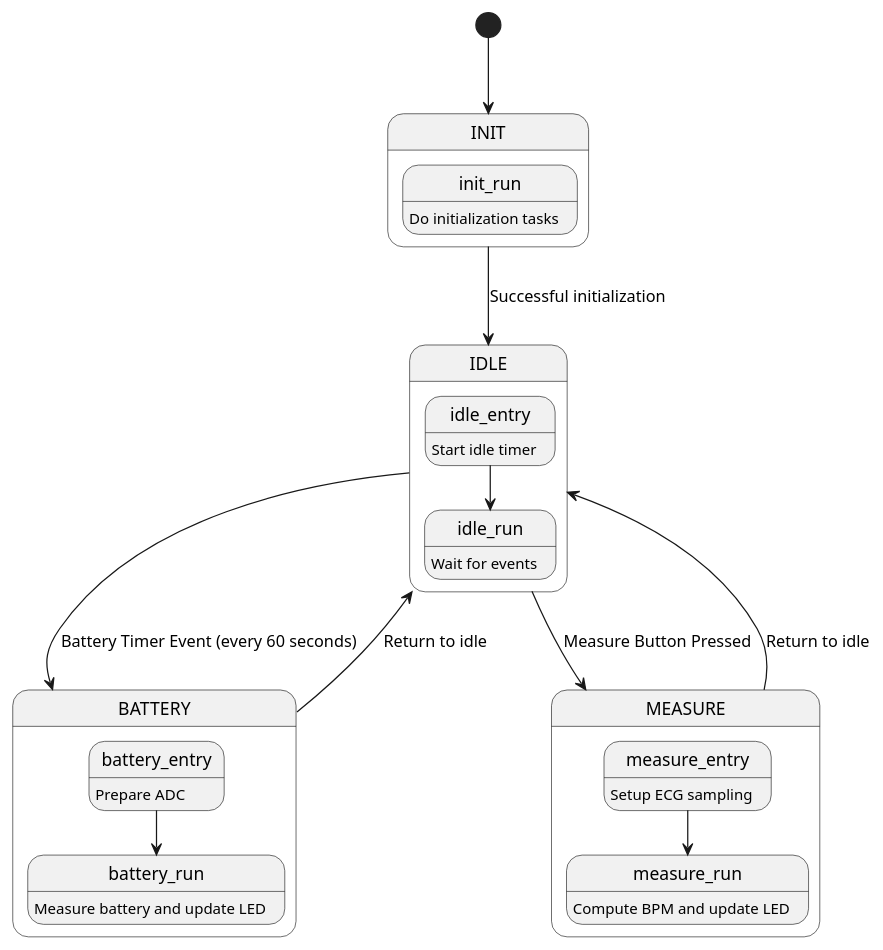
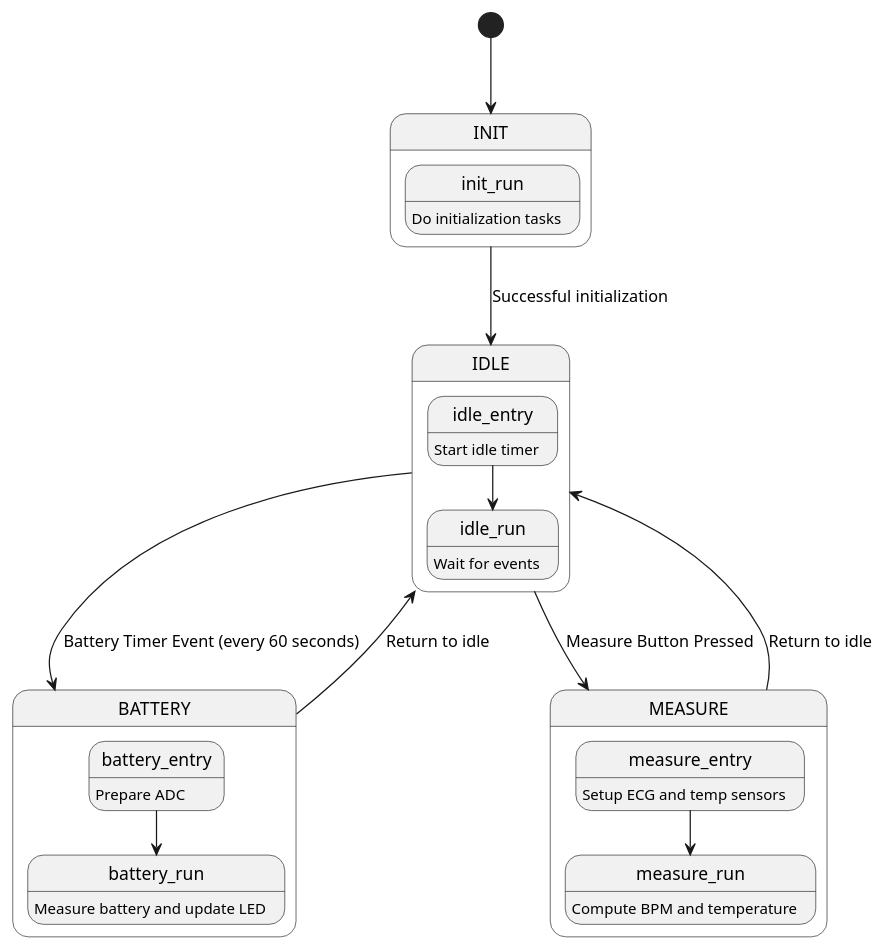
One commit to ArshSingh02/ecg-temp-ble-project changed the diagram in state_diagram.puml. Above: the diagram before and after it, drawn with PlantUML. The commit also changed 1 other file, not shown here.

Commit message:
Changed temperature sensor check to measure entry. Updated state diagram.

```diff
--- a/state_diagram.puml
+++ b/state_diagram.puml
@@ -1,35 +1,35 @@
 @startuml
 top to bottom direction
 
 [*] --> INIT
 
 state INIT {
     init_run: Do initialization tasks
 }
 
 INIT --> IDLE : Successful initialization
 
 state IDLE {
     idle_entry: Start idle timer  
     idle_entry --> idle_run
     idle_run: Wait for events  
 }
 
 IDLE --> BATTERY : Battery Timer Event (every 60 seconds)
 IDLE --> MEASURE : Measure Button Pressed
 
 state BATTERY {
     battery_entry: Prepare ADC  
     battery_entry --> battery_run  
     battery_run: Measure battery and update LED  
 }
 BATTERY --> IDLE : Return to idle
 
 state MEASURE {
-    measure_entry: Setup ECG sampling  
+    measure_entry: Setup ECG and temp sensors  
     measure_entry --> measure_run  
-    measure_run: Compute BPM and update LED  
+    measure_run: Compute BPM and temperature  
 }
 MEASURE --> IDLE : Return to idle
 
 @enduml
```
